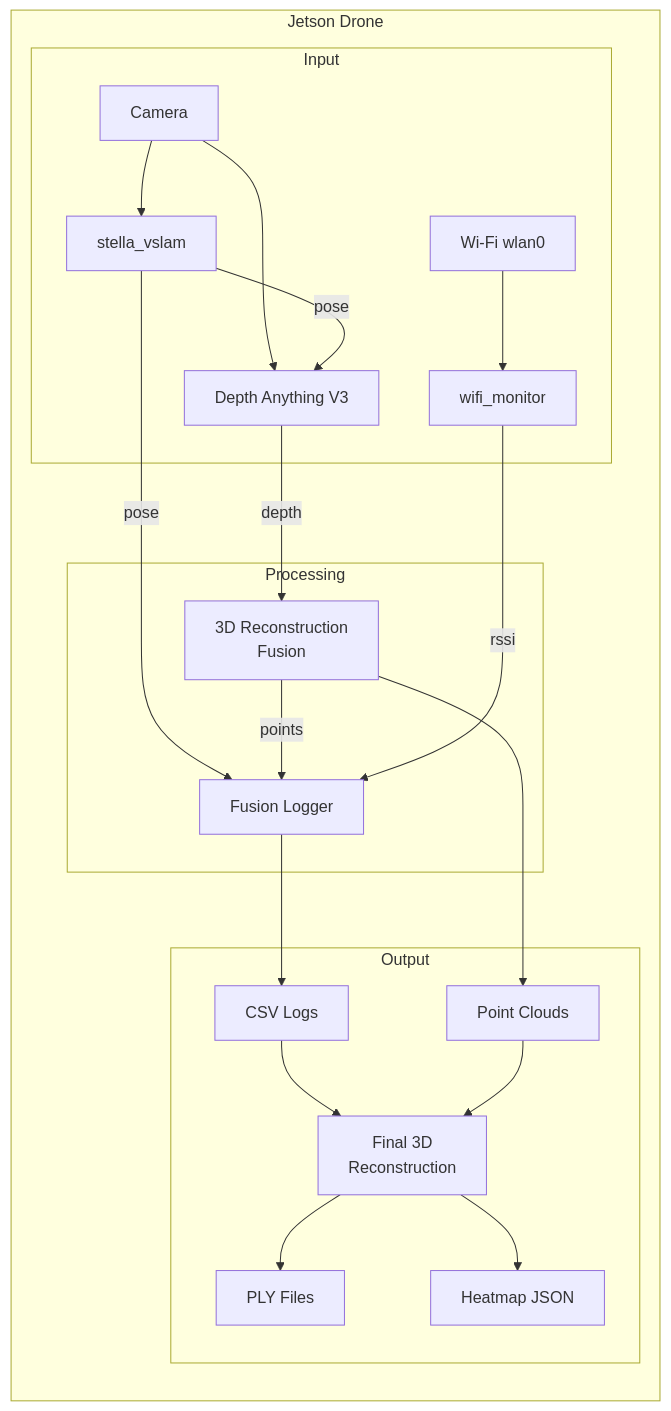
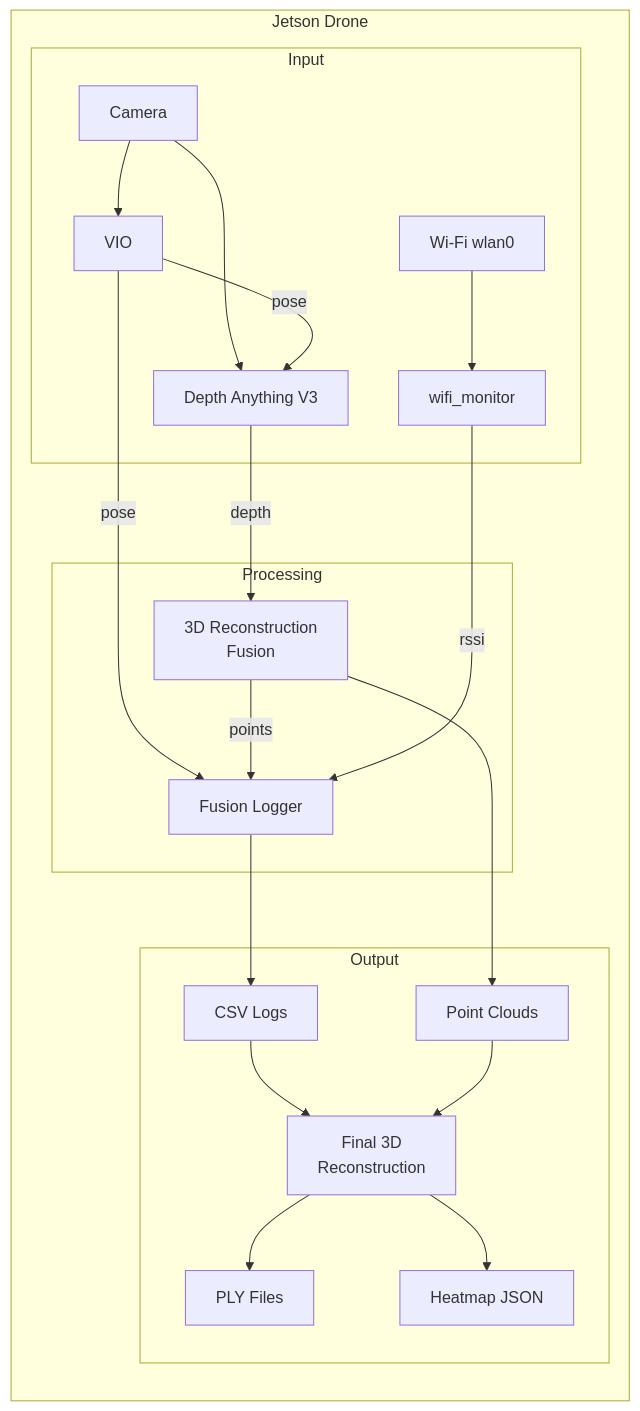
The second of 6 diagrams in README.md (Shluo03/AirSniff), drawn with Mermaid before and after one commit.

````diff
--- a/README.md
+++ b/README.md
@@ -42,27 +42,27 @@
 ```mermaid
 graph LR
     subgraph Jetson Drone
         subgraph Input
-            A[Camera] --> B[stella_vslam]
+            A[Camera] --> B[VIO]
             A --> C[Depth Anything V3]
             D[Wi-Fi wlan0] --> E[wifi_monitor]
         end
         
         subgraph Processing
             B -->|pose| C
             B -->|pose| F[Fusion Logger]
             C -->|depth| G[3D Reconstruction<br/>Fusion]
             G -->|points| F
             E -->|rssi| F
         end
         
         subgraph Output
             F --> H[CSV Logs]
             G --> I[Point Clouds]
             H --> J[Final 3D<br/>Reconstruction]
             I --> J
             J --> K[PLY Files]
             J --> L[Heatmap JSON]
         end
     end
 ```
````
